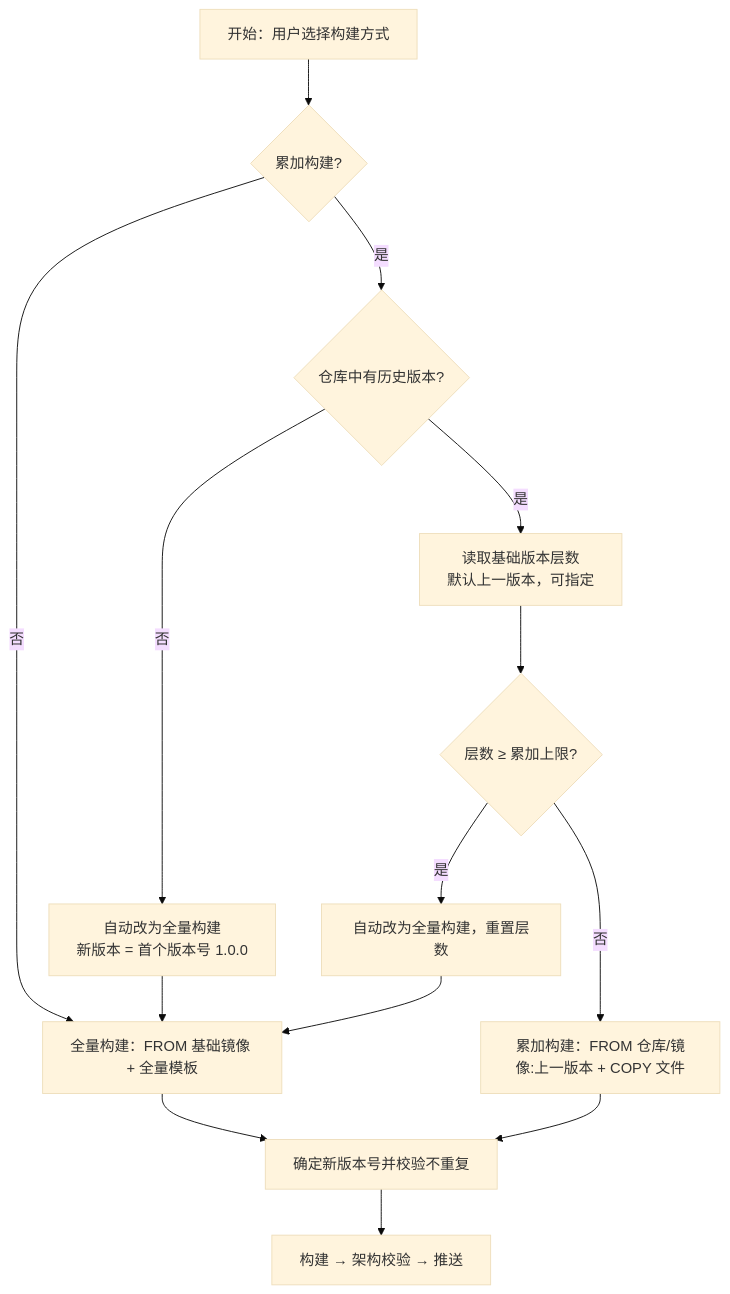
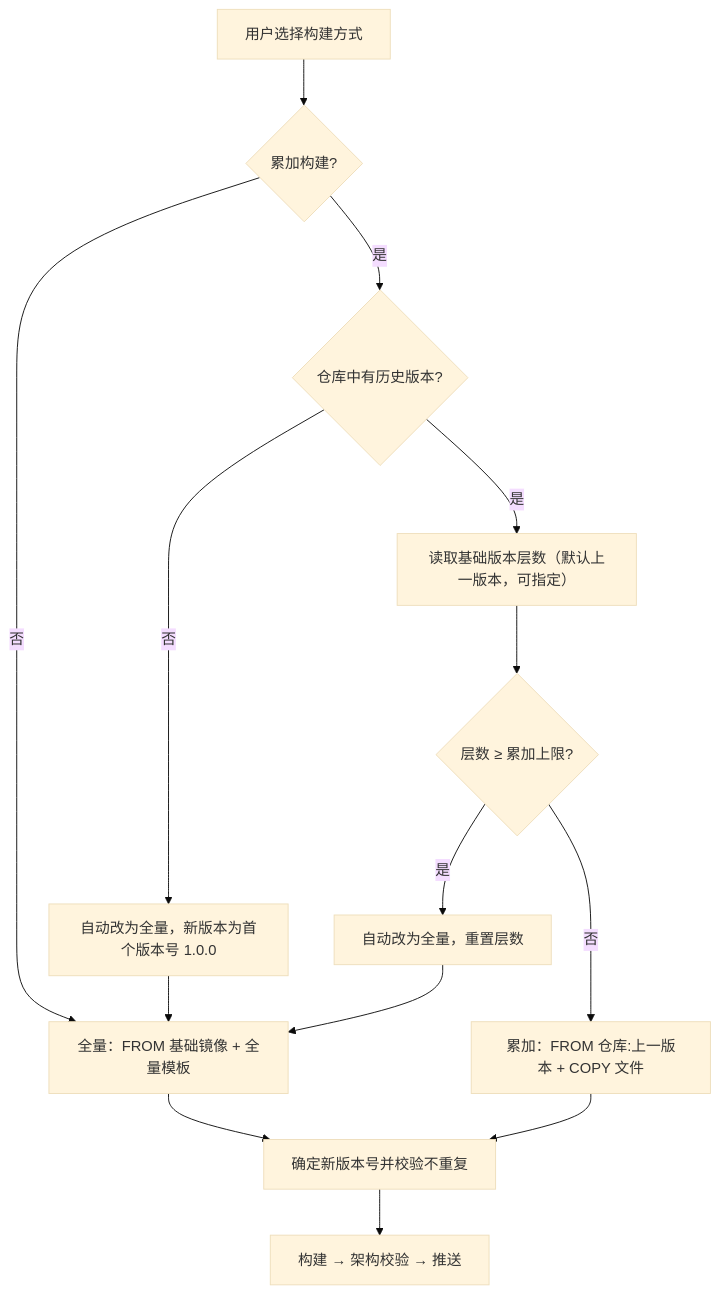
The second of 4 diagrams in docs/系统设计.md (gongjin1997/swr), drawn with Mermaid (base theme) before and after one commit. The commit also changed other lines of this file and 8 other files, not shown here.

````diff
--- a/docs/系统设计.md
+++ b/docs/系统设计.md
@@ -106,14 +121,14 @@
 ```mermaid
 flowchart TD
-    A[开始：用户选择构建方式] --> B{累加构建?}
-    B -- 否 --> F[全量构建：FROM 基础镜像 + 全量模板]
+    A[用户选择构建方式] --> B{累加构建?}
+    B -- 否 --> F[全量：FROM 基础镜像 + 全量模板]
     B -- 是 --> C{仓库中有历史版本?}
-    C -- 否 --> C1[自动改为全量构建<br/>新版本 = 首个版本号 1.0.0] --> F
-    C -- 是 --> D[读取基础版本层数<br/>默认上一版本，可指定]
+    C -- 否 --> C1[自动改为全量，新版本为首个版本号 1.0.0] --> F
+    C -- 是 --> D[读取基础版本层数（默认上一版本，可指定）]
     D --> E{层数 ≥ 累加上限?}
-    E -- 是 --> E1[自动改为全量构建，重置层数] --> F
-    E -- 否 --> G[累加构建：FROM 仓库/镜像:上一版本 + COPY 文件]
+    E -- 是 --> E1[自动改为全量，重置层数] --> F
+    E -- 否 --> G[累加：FROM 仓库:上一版本 + COPY 文件]
     F --> H[确定新版本号并校验不重复]
     G --> H
     H --> I[构建 → 架构校验 → 推送]
 ```
````
